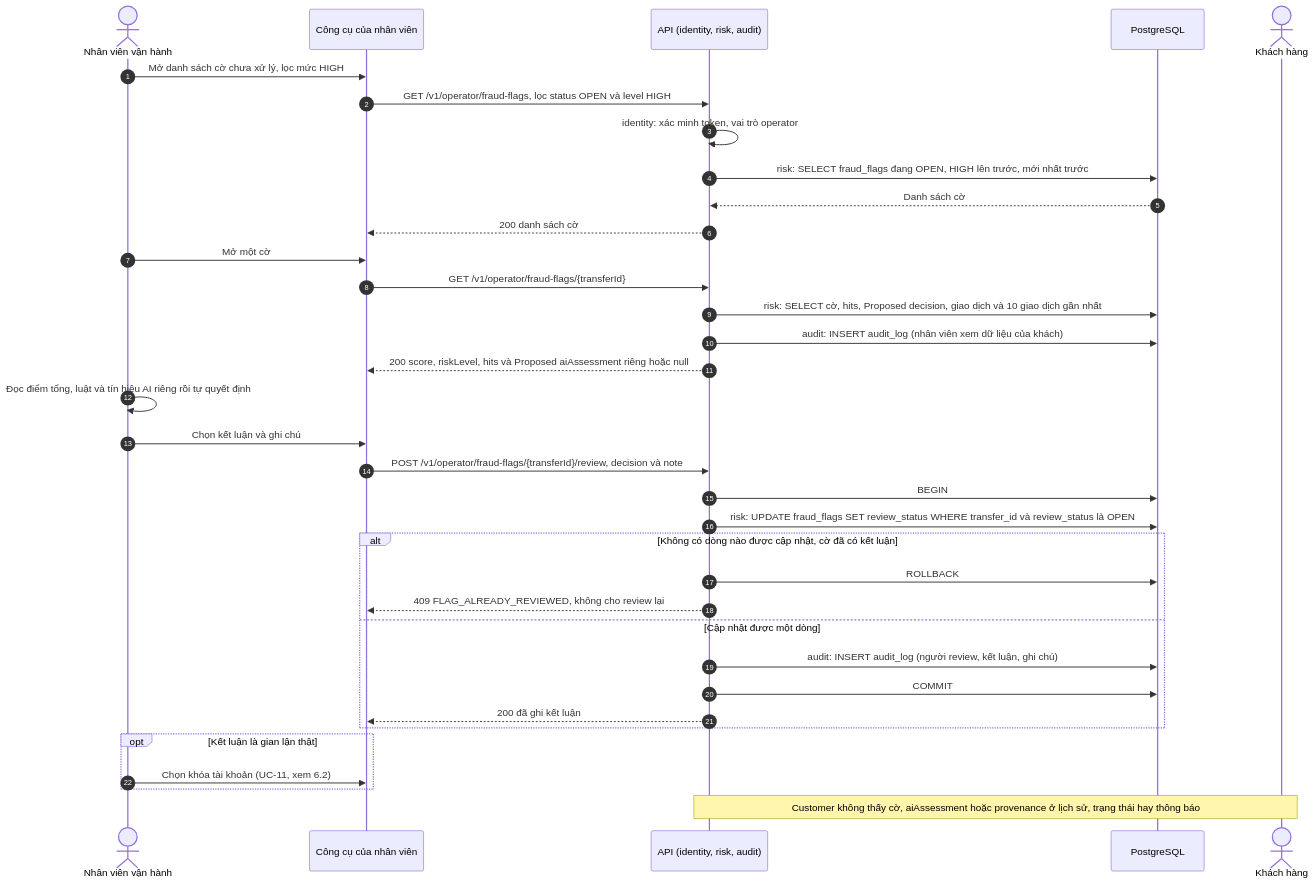
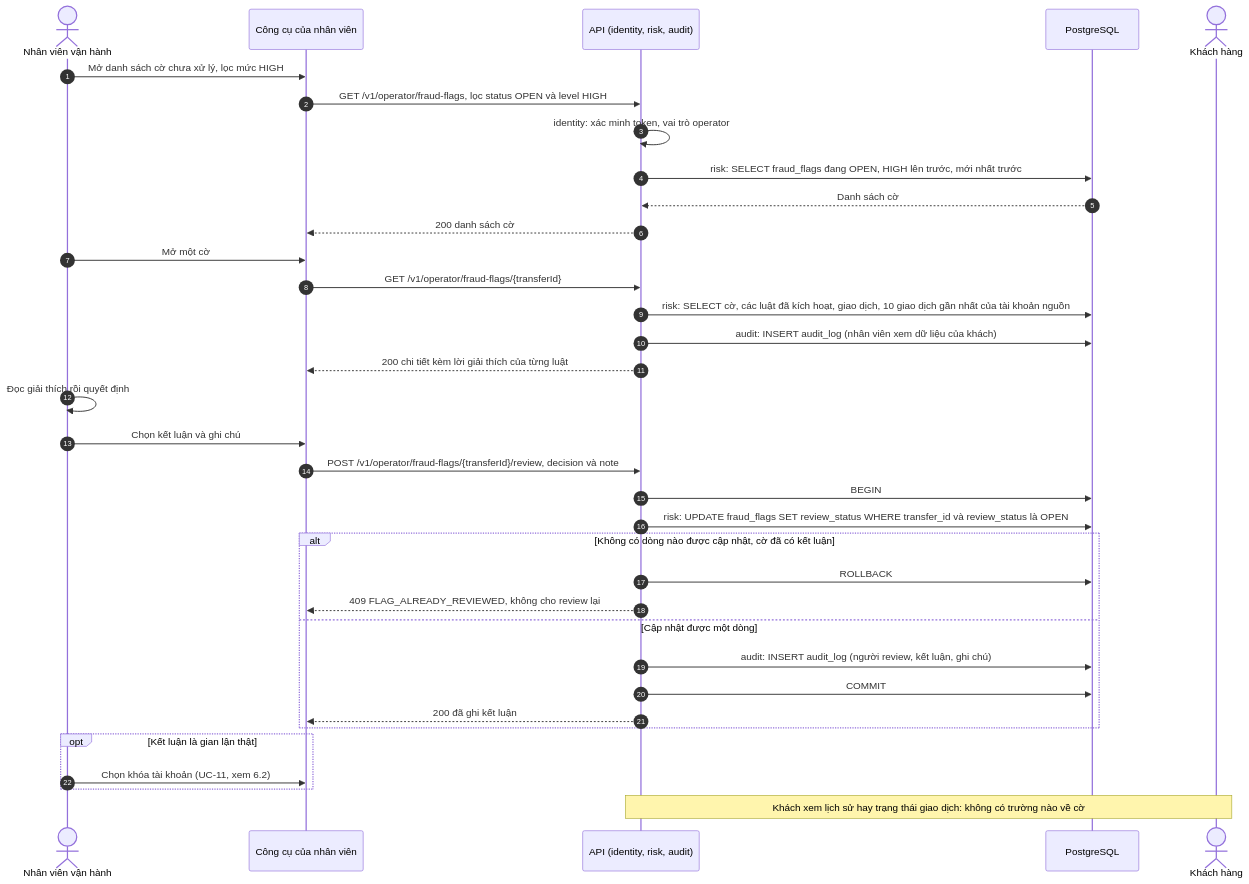
Before and after one commit to Lawliet119/digital-banking-simulator: the eighth of 14 diagrams in docs/03_HIGH_LEVEL_ARCHITECTURE.md, drawn with Mermaid. The commit also changed other lines of this file and 7 other files, not shown here.

First line of the commit message:
docs(risk): khôi phục tài liệu Accepted, thêm khung ADR-14

````diff
--- a/docs/03_HIGH_LEVEL_ARCHITECTURE.md
+++ b/docs/03_HIGH_LEVEL_ARCHITECTURE.md
@@ -430,38 +405,38 @@
 ```mermaid
 sequenceDiagram
     autonumber
     actor NV as Nhân viên vận hành
     participant APP as Công cụ của nhân viên
     participant API as API (identity, risk, audit)
     participant DB as PostgreSQL
     actor KH as Khách hàng
 
     NV->>APP: Mở danh sách cờ chưa xử lý, lọc mức HIGH
     APP->>API: GET /v1/operator/fraud-flags, lọc status OPEN và level HIGH
     API->>API: identity: xác minh token, vai trò operator
     API->>DB: risk: SELECT fraud_flags đang OPEN, HIGH lên trước, mới nhất trước
     DB-->>API: Danh sách cờ
     API-->>APP: 200 danh sách cờ
     NV->>APP: Mở một cờ
     APP->>API: GET /v1/operator/fraud-flags/{transferId}
-    API->>DB: risk: SELECT cờ, hits, Proposed decision, giao dịch và 10 giao dịch gần nhất
+    API->>DB: risk: SELECT cờ, các luật đã kích hoạt, giao dịch, 10 giao dịch gần nhất của tài khoản nguồn
     API->>DB: audit: INSERT audit_log (nhân viên xem dữ liệu của khách)
-    API-->>APP: 200 score, riskLevel, hits và Proposed aiAssessment riêng hoặc null
-    NV->>NV: Đọc điểm tổng, luật và tín hiệu AI riêng rồi tự quyết định
+    API-->>APP: 200 chi tiết kèm lời giải thích của từng luật
+    NV->>NV: Đọc giải thích rồi quyết định
     NV->>APP: Chọn kết luận và ghi chú
     APP->>API: POST /v1/operator/fraud-flags/{transferId}/review, decision và note
     API->>DB: BEGIN
     API->>DB: risk: UPDATE fraud_flags SET review_status WHERE transfer_id và review_status là OPEN
     alt Không có dòng nào được cập nhật, cờ đã có kết luận
         API->>DB: ROLLBACK
         API-->>APP: 409 FLAG_ALREADY_REVIEWED, không cho review lại
     else Cập nhật được một dòng
         API->>DB: audit: INSERT audit_log (người review, kết luận, ghi chú)
         API->>DB: COMMIT
         API-->>APP: 200 đã ghi kết luận
     end
     opt Kết luận là gian lận thật
         NV->>APP: Chọn khóa tài khoản (UC-11, xem 6.2)
     end
-    Note over KH,API: Customer không thấy cờ, aiAssessment hoặc provenance ở lịch sử, trạng thái hay thông báo
+    Note over KH,API: Khách xem lịch sử hay trạng thái giao dịch: không có trường nào về cờ
 ```
````
